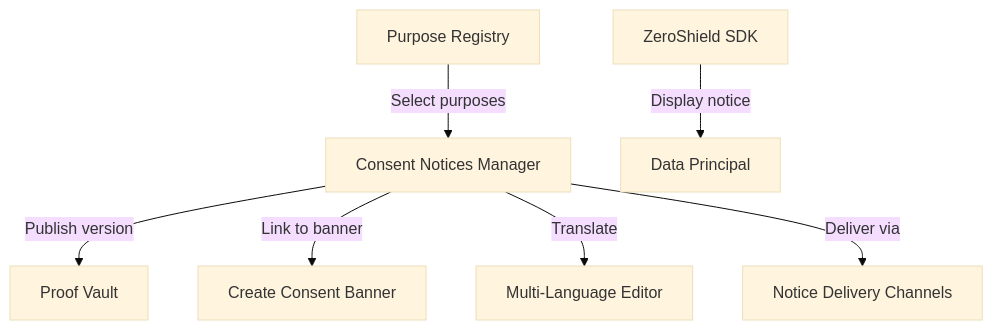
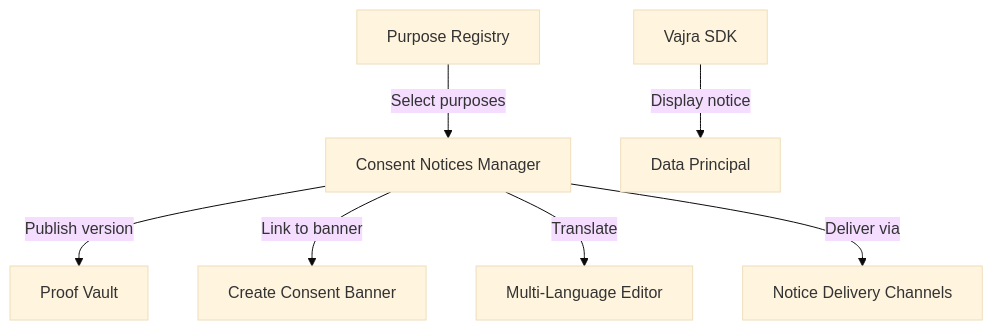
One commit to shreyv7/hack changed the first of 3 diagrams in docs/Consent Management/consent_notices_manager.md. Above: the diagram before and after it, drawn with Mermaid (base theme). The commit also changed other lines of this file and 345 other files, not shown here.

````diff
--- a/docs/Consent Management/consent_notices_manager.md
+++ b/docs/Consent Management/consent_notices_manager.md
@@ -25,9 +25,9 @@
 ```mermaid
 graph TD
     PR[Purpose Registry] -->|Select purposes| CN[Consent Notices Manager]
     CN -->|Publish version| PV[Proof Vault]
     CN -->|Link to banner| CB[Create Consent Banner]
     CN -->|Translate| MLE[Multi-Language Editor]
     CN -->|Deliver via| NDC[Notice Delivery Channels]
-    SDK[ZeroShield SDK] -->|Display notice| User[Data Principal]
+    SDK[Vajra SDK] -->|Display notice| User[Data Principal]
 ```
````
